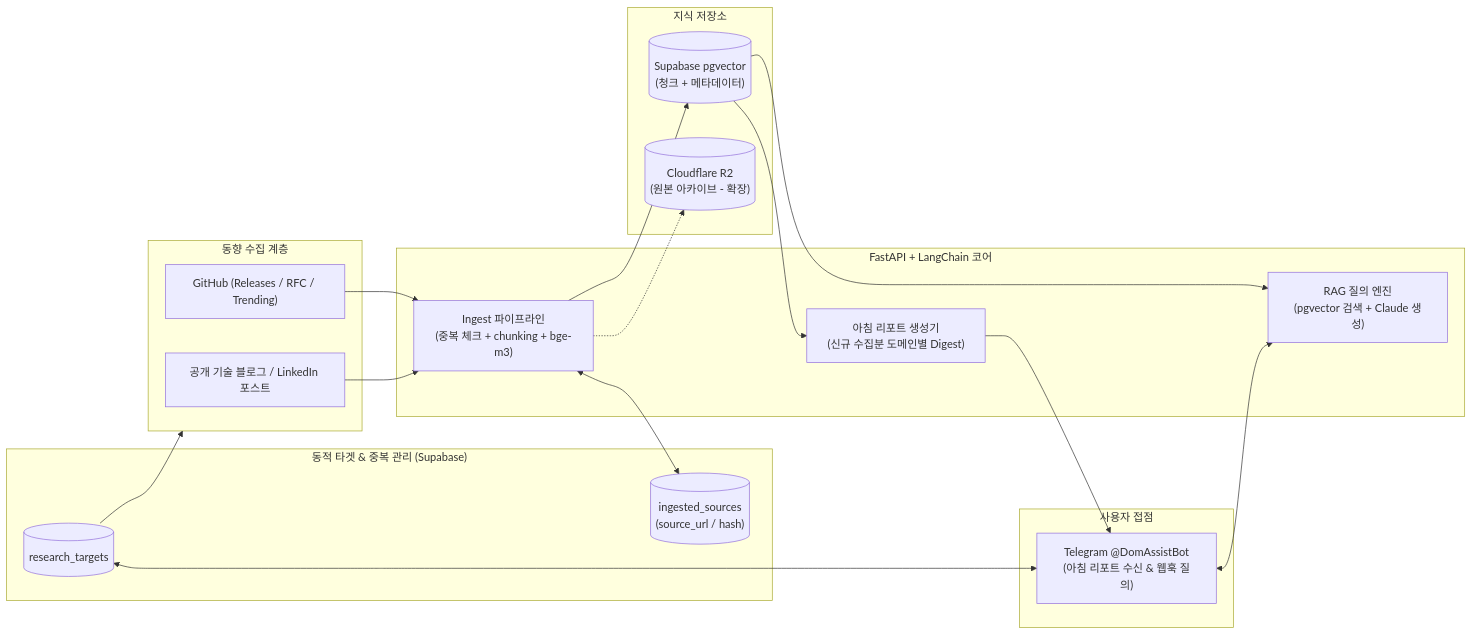
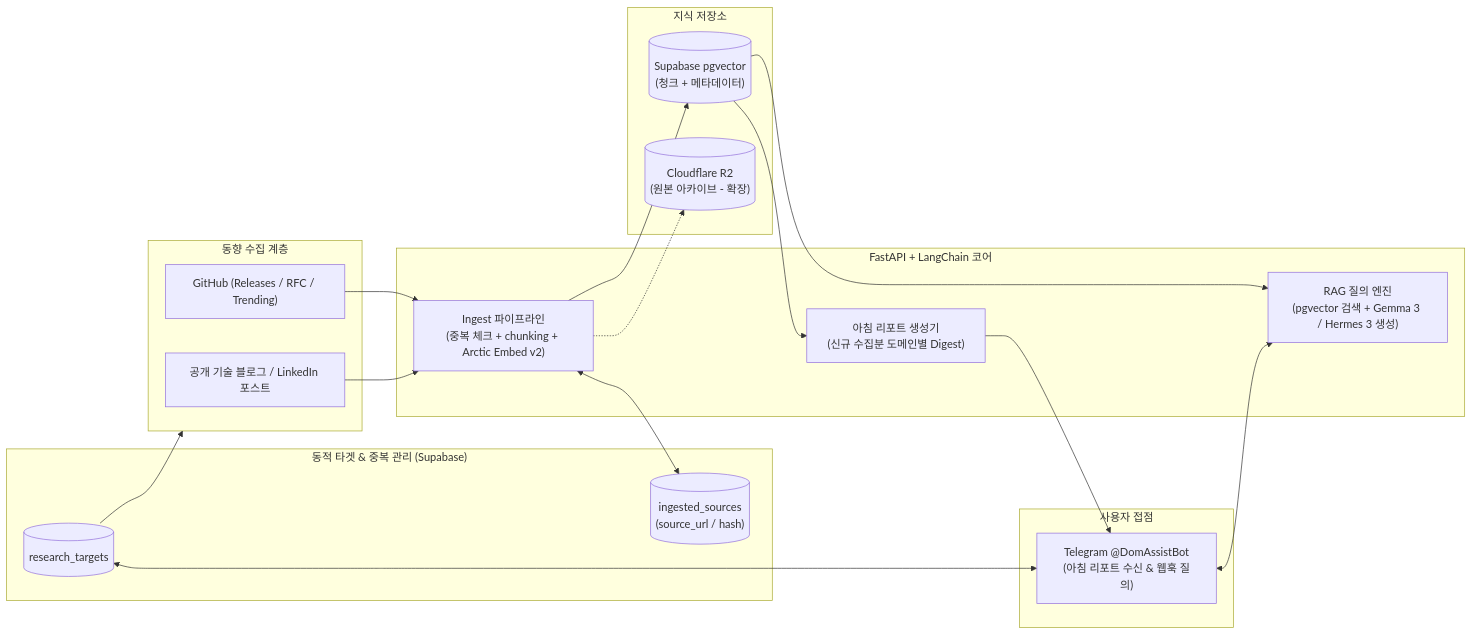
One commit to initbtn/assist changed the diagram in docs/plan.md. Above: the diagram before and after it, drawn with Mermaid. The commit also changed other lines of this file and 8 other files, not shown here.

Commit message:
feat: 비중국권 임베딩(Snowflake Arctic v2.0) 및 Gemma 3·Hermes 3 병행 비교 지원 (#18)

````diff
--- a/docs/plan.md
+++ b/docs/plan.md
@@ -25,39 +25,39 @@
 ```mermaid
 flowchart LR
     subgraph Targets["동적 타겟 & 중복 관리 (Supabase)"]
         RT[("research_targets")]
         DEDUP[("ingested_sources\n(source_url / hash)")]
     end
 
     subgraph Collectors["동향 수집 계층"]
         GH["GitHub (Releases / RFC / Trending)"]
         WEB["공개 기술 블로그 / LinkedIn 포스트"]
     end
 
     subgraph Pipeline["FastAPI + LangChain 코어"]
-        ING["Ingest 파이프라인\n(중복 체크 + chunking + bge-m3)"]
+        ING["Ingest 파이프라인\n(중복 체크 + chunking + Arctic Embed v2)"]
         DIG["아침 리포트 생성기\n(신규 수집분 도메인별 Digest)"]
-        RET["RAG 질의 엔진\n(pgvector 검색 + Claude 생성)"]
+        RET["RAG 질의 엔진\n(pgvector 검색 + Gemma 3 / Hermes 3 생성)"]
     end
 
     subgraph Storage["지식 저장소"]
         PGV[("Supabase pgvector\n(청크 + 메타데이터)")]
         R2[("Cloudflare R2\n(원본 아카이브 - 확장)")]
     end
 
     subgraph Channel["사용자 접점"]
         TG["Telegram @DomAssistBot\n(아침 리포트 수신 & 웹훅 질의)"]
     end
 
     RT --> Collectors
     GH --> ING
     WEB --> ING
     ING <--> DEDUP
     ING --> PGV
     ING -.-> R2
     PGV --> DIG
     PGV --> RET
     DIG --> TG
     TG <--> RET
     TG <--> RT
 ```
````
